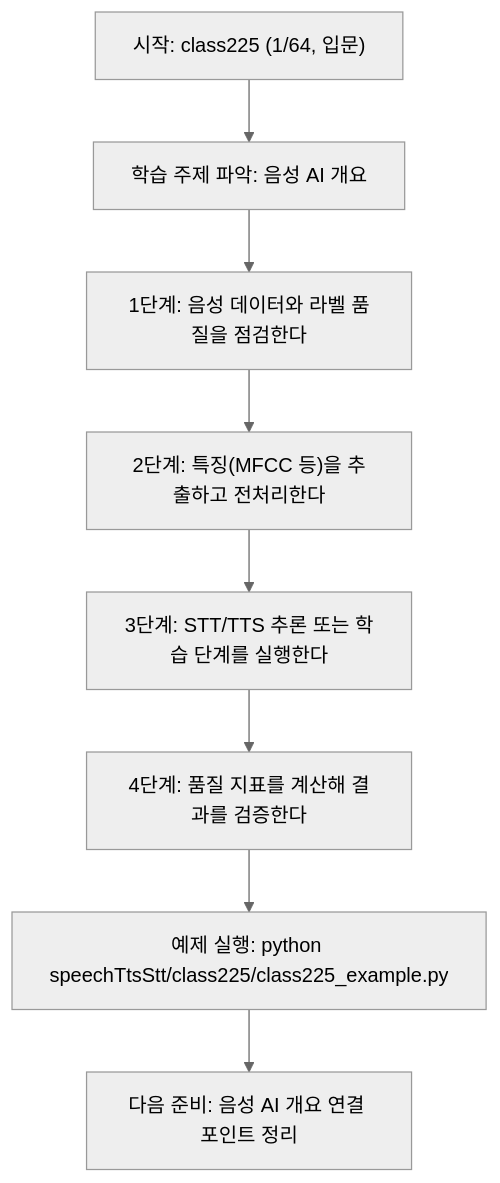
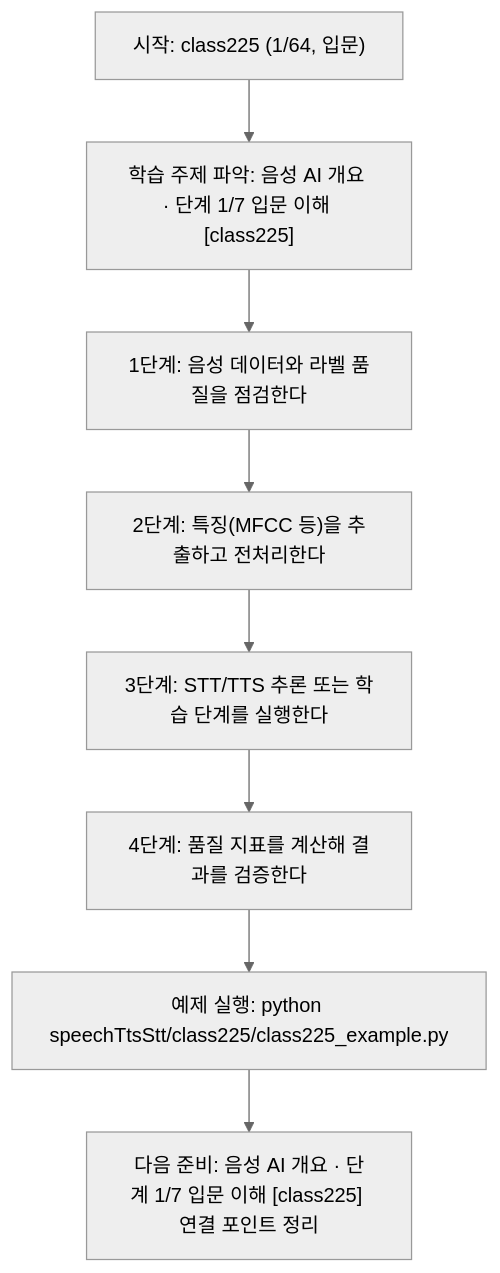
The diagram in speechTtsStt/class225/class225.md (edumgt/Python-AI_Agent-Class), drawn with Mermaid (neutral theme) before and after one commit. The commit also changed other lines of this file and 522 other files, not shown here.

````diff
--- a/speechTtsStt/class225/class225.md
+++ b/speechTtsStt/class225/class225.md
@@ -113,18 +114,18 @@
 ```mermaid
 flowchart TD
 N1["시작: class225 (1/64, 입문)"]
-N2["학습 주제 파악: 음성 AI 개요"]
+N2["학습 주제 파악: 음성 AI 개요 · 단계 1/7 입문 이해 [class225]"]
 N3["1단계: 음성 데이터와 라벨 품질을 점검한다"]
 N4["2단계: 특징(MFCC 등)을 추출하고 전처리한다"]
 N5["3단계: STT/TTS 추론 또는 학습 단계를 실행한다"]
 N6["4단계: 품질 지표를 계산해 결과를 검증한다"]
 N7["예제 실행: python speechTtsStt/class225/class225_example.py"]
-N8["다음 준비: 음성 AI 개요 연결 포인트 정리"]
+N8["다음 준비: 음성 AI 개요 · 단계 1/7 입문 이해 [class225] 연결 포인트 정리"]
 N1 --> N2
 N2 --> N3
 N3 --> N4
 N4 --> N5
 N5 --> N6
 N6 --> N7
 N7 --> N8
 ```
````
